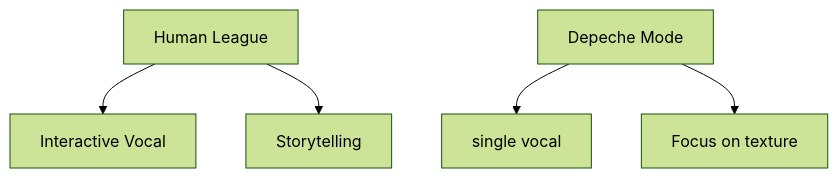
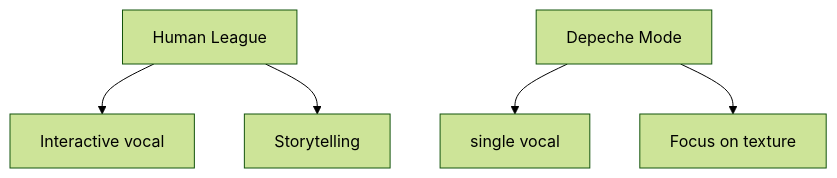
Before and after one commit to monumental-movement/monumental-movement.github.io: the fourth of 5 diagrams in en/_posts/2026-07-05-column-depache-mode-human-league.md, drawn with Mermaid (forest theme). The commit also changed other lines of this file and 657 other files, not shown here.

```diff
--- a/en/_posts/2026-07-05-column-depache-mode-human-league.md
+++ b/en/_posts/2026-07-05-column-depache-mode-human-league.md
@@ -161,9 +161,9 @@
 <div class="mermaid">
 graph TD
-A["Human League"] --> A1["Interactive Vocal"]
+A["Human League"] --> A1["Interactive vocal"]
 A --> A2["Storytelling"]
 
 B["Depeche Mode"] --> B1["single vocal"]
 B --> B2["Focus on texture"]
 
 </div>
```
